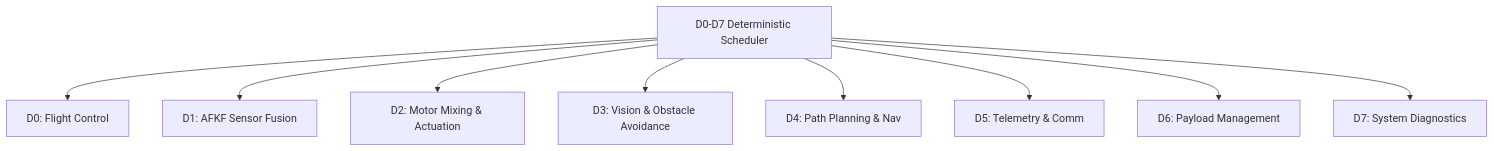
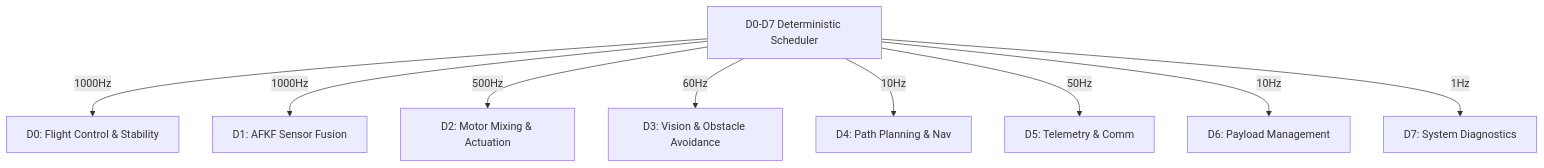
Before and after one commit to subhamsje/Drone-N1: the first of 4 diagrams in sn-article-template/docs/SYSTEM_ARCHITECTURE.md, drawn with Mermaid. The commit also changed other lines of this file and 3 other files, not shown here.

Commit message:
feat(telemetry, frontend, docs): add zero-copy binary ws streaming, clean HUD imports, and expand DO-178C architecture specs

````diff
--- a/sn-article-template/docs/SYSTEM_ARCHITECTURE.md
+++ b/sn-article-template/docs/SYSTEM_ARCHITECTURE.md
@@ -6,21 +6,21 @@
 ```mermaid
 graph TD
     Scheduler[D0-D7 Deterministic Scheduler]
-    D0[D0: Flight Control]
+    D0[D0: Flight Control & Stability]
     D1[D1: AFKF Sensor Fusion]
     D2[D2: Motor Mixing & Actuation]
     D3[D3: Vision & Obstacle Avoidance]
     D4[D4: Path Planning & Nav]
     D5[D5: Telemetry & Comm]
     D6[D6: Payload Management]
     D7[D7: System Diagnostics]
     
-    Scheduler --> D0
-    Scheduler --> D1
-    Scheduler --> D2
-    Scheduler --> D3
-    Scheduler --> D4
-    Scheduler --> D5
-    Scheduler --> D6
-    Scheduler --> D7
+    Scheduler -->|1000Hz| D0
+    Scheduler -->|1000Hz| D1
+    Scheduler -->|500Hz| D2
+    Scheduler -->|60Hz| D3
+    Scheduler -->|10Hz| D4
+    Scheduler -->|50Hz| D5
+    Scheduler -->|10Hz| D6
+    Scheduler -->|1Hz| D7
 ```
````
